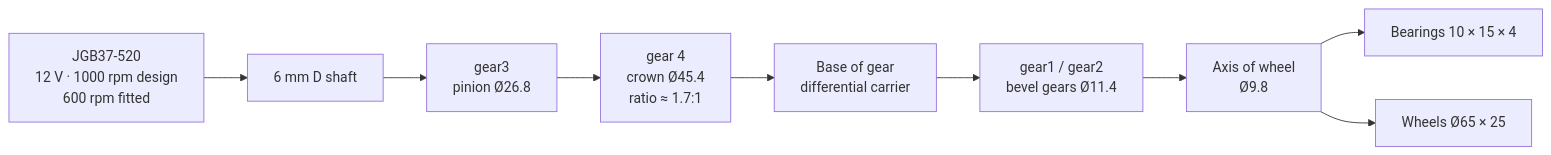
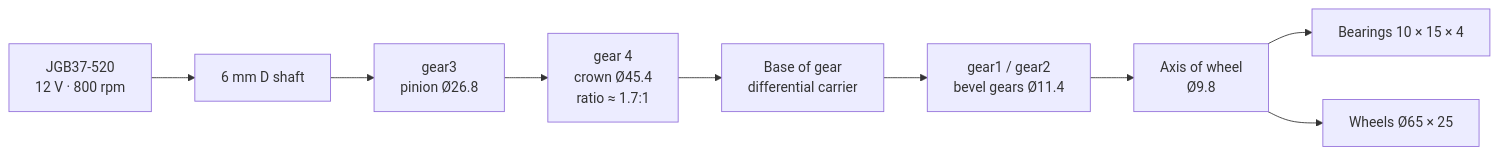
Before and after one commit to Eddym06/AutoNex: the first of 2 diagrams in docs/DESIGN.md, drawn with Mermaid. The commit also changed other lines of this file and 20 other files, not shown here.

````diff
--- a/docs/DESIGN.md
+++ b/docs/DESIGN.md
@@ -170,11 +170,11 @@
 ```mermaid
 flowchart LR
-    M["JGB37-520<br/>12 V · 1000 rpm design<br/>600 rpm fitted"] --> S["6 mm D shaft"]
+    M["JGB37-520<br/>12 V · 800 rpm"] --> S["6 mm D shaft"]
     S --> P["gear3<br/>pinion Ø26.8"]
     P --> G["gear 4<br/>crown Ø45.4<br/>ratio ≈ 1.7:1"]
     G --> C["Base of gear<br/>differential carrier"]
     C --> D["gear1 / gear2<br/>bevel gears Ø11.4"]
     D --> A["Axis of wheel<br/>Ø9.8"]
     A --> B["Bearings 10 × 15 × 4"]
     A --> W["Wheels Ø65 × 25"]
 ```
````
